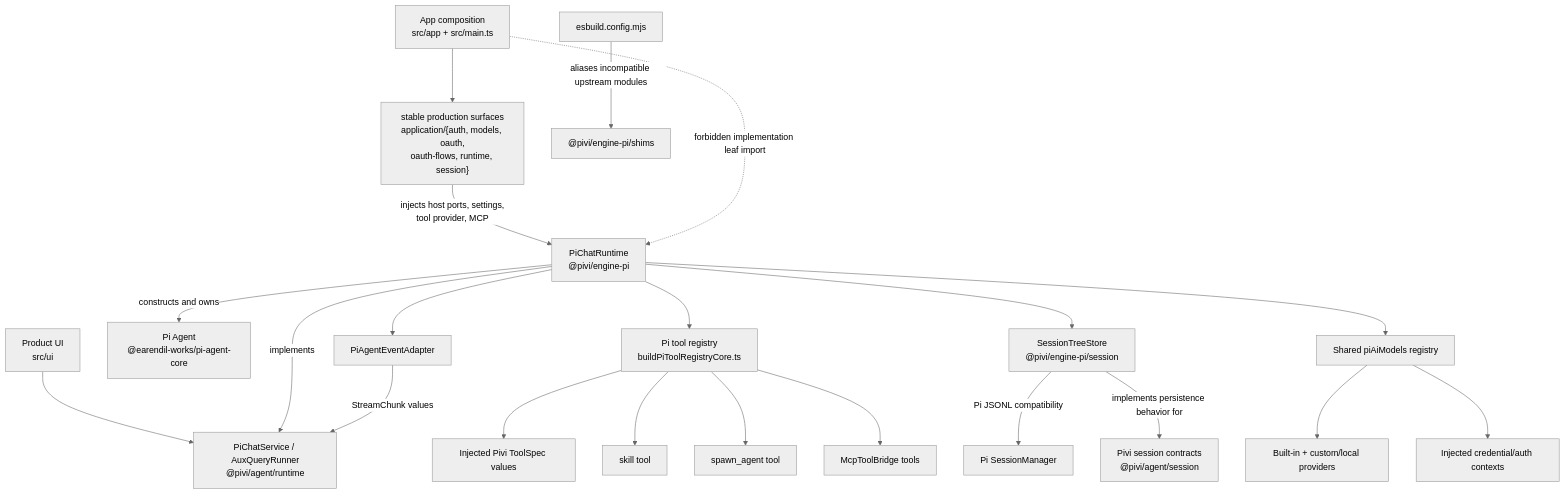
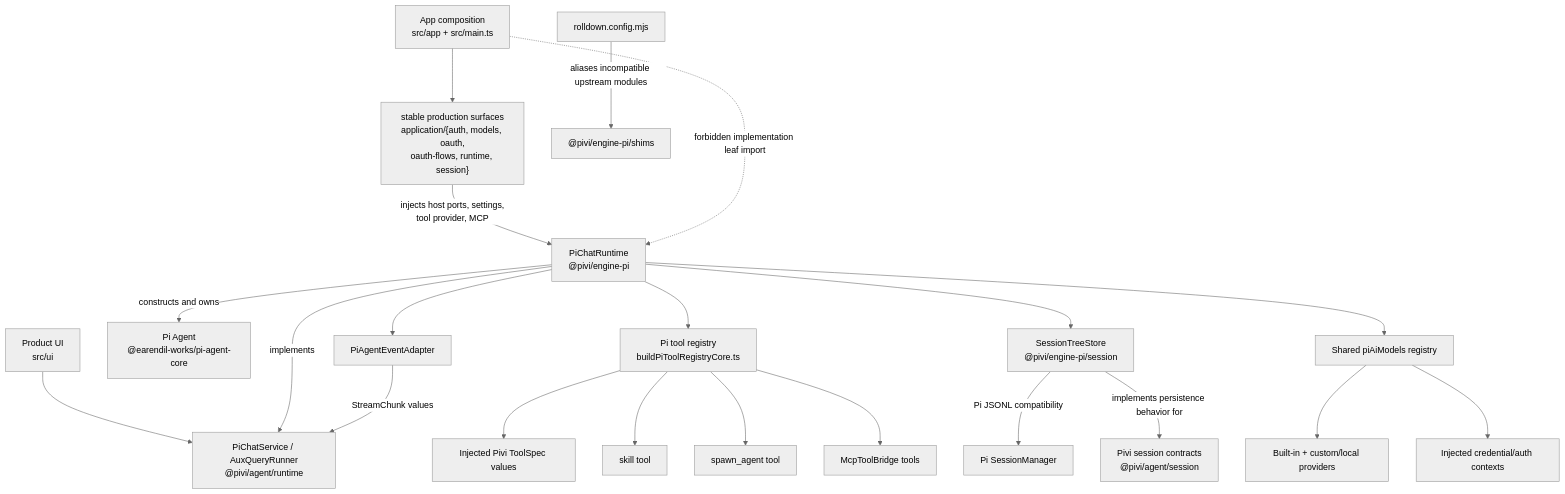
One commit to shuuul/obsidian-pivi changed the diagram in packages/engine-pi/AGENTS.md. Above: the diagram before and after it, drawn with Mermaid (neutral theme). The commit also changed other lines of this file and 34 other files, not shown here.

````diff
--- a/packages/engine-pi/AGENTS.md
+++ b/packages/engine-pi/AGENTS.md
@@ -13,23 +13,23 @@
 ```mermaid
 flowchart TD
   App["App composition<br/>src/app + src/main.ts"] --> Surface["stable production surfaces<br/>application/{auth, models, oauth,<br/>oauth-flows, runtime, session}"]
   Surface -- "injects host ports, settings,<br/>tool provider, MCP" --> Runtime["PiChatRuntime<br/>@pivi/engine-pi"]
   UI["Product UI<br/>src/ui"] --> Contract["PiChatService / AuxQueryRunner<br/>@pivi/agent/runtime"]
   Runtime -- "implements" --> Contract
   Runtime -- "constructs and owns" --> Agent["Pi Agent<br/>@earendil-works/pi-agent-core"]
   Runtime --> Registry["Pi tool registry<br/>buildPiToolRegistryCore.ts"]
   Registry --> BaseTools["Injected Pivi ToolSpec values"]
   Registry --> Skill["skill tool"]
   Registry --> Subagent["spawn_agent tool"]
   Registry --> MCP["McpToolBridge tools"]
   Runtime --> Adapter["PiAgentEventAdapter"]
   Adapter -- "StreamChunk values" --> Contract
   Runtime --> Tree["SessionTreeStore<br/>@pivi/engine-pi/session"]
   Tree -- "Pi JSONL compatibility" --> PiSession["Pi SessionManager"]
   Tree -- "implements persistence behavior for" --> SessionContracts["Pivi session contracts<br/>@pivi/agent/session"]
   Runtime --> Models["Shared piAiModels registry"]
   Models --> Providers["Built-in + custom/local providers"]
   Models --> Auth["Injected credential/auth contexts"]
-  Build["esbuild.config.mjs"] -- "aliases incompatible upstream modules" --> Shims["@pivi/engine-pi/shims"]
+  Build["rolldown.config.mjs"] -- "aliases incompatible upstream modules" --> Shims["@pivi/engine-pi/shims"]
   App -. "forbidden implementation leaf import" .-> Runtime
 ```
````
